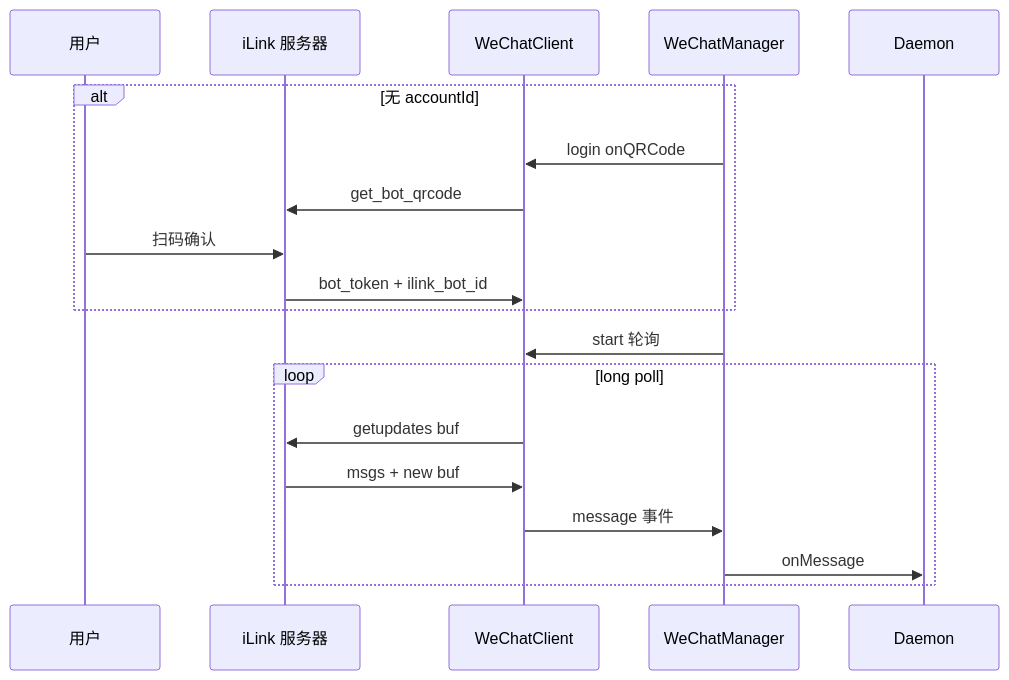
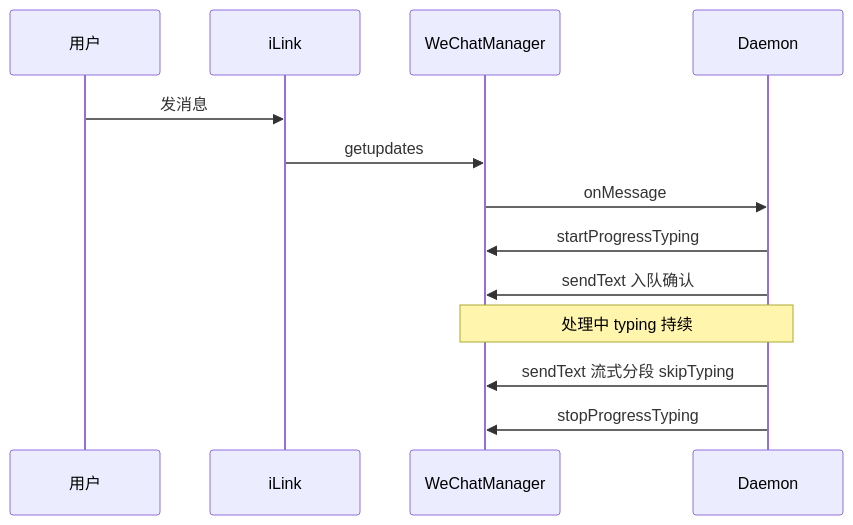
One commit to lk-eternal/cursor-claw changed the diagram in knowledge/业务域/消息桥接/03-微信通道.md. Above: the diagram before and after it, drawn with Mermaid. The commit also changed other lines of this file and 19 other files, not shown here.

````diff
--- a/knowledge/业务域/消息桥接/03-微信通道.md
+++ b/knowledge/业务域/消息桥接/03-微信通道.md
@@ -28,21 +27,15 @@
 ```mermaid
 sequenceDiagram
   participant U as 用户
-  participant IL as iLink 服务器
-  participant WC as WeChatClient
+  participant IL as iLink
   participant WM as WeChatManager
   participant D as Daemon
-  alt 无 accountId
-    WM->>WC: login onQRCode
-    WC->>IL: get_bot_qrcode
-    U->>IL: 扫码确认
-    IL->>WC: bot_token + ilink_bot_id
-  end
-  WM->>WC: start 轮询
-  loop long poll
-    WC->>IL: getupdates buf
-    IL->>WC: msgs + new buf
-    WC->>WM: message 事件
-    WM->>D: onMessage
-  end
+  U->>IL: 发消息
+  IL->>WM: getupdates
+  WM->>D: onMessage
+  D->>WM: startProgressTyping
+  D->>WM: sendText 入队确认
+  Note over D,WM: 处理中 typing 持续
+  D->>WM: sendText 流式分段 skipTyping
+  D->>WM: stopProgressTyping
 ```
````
